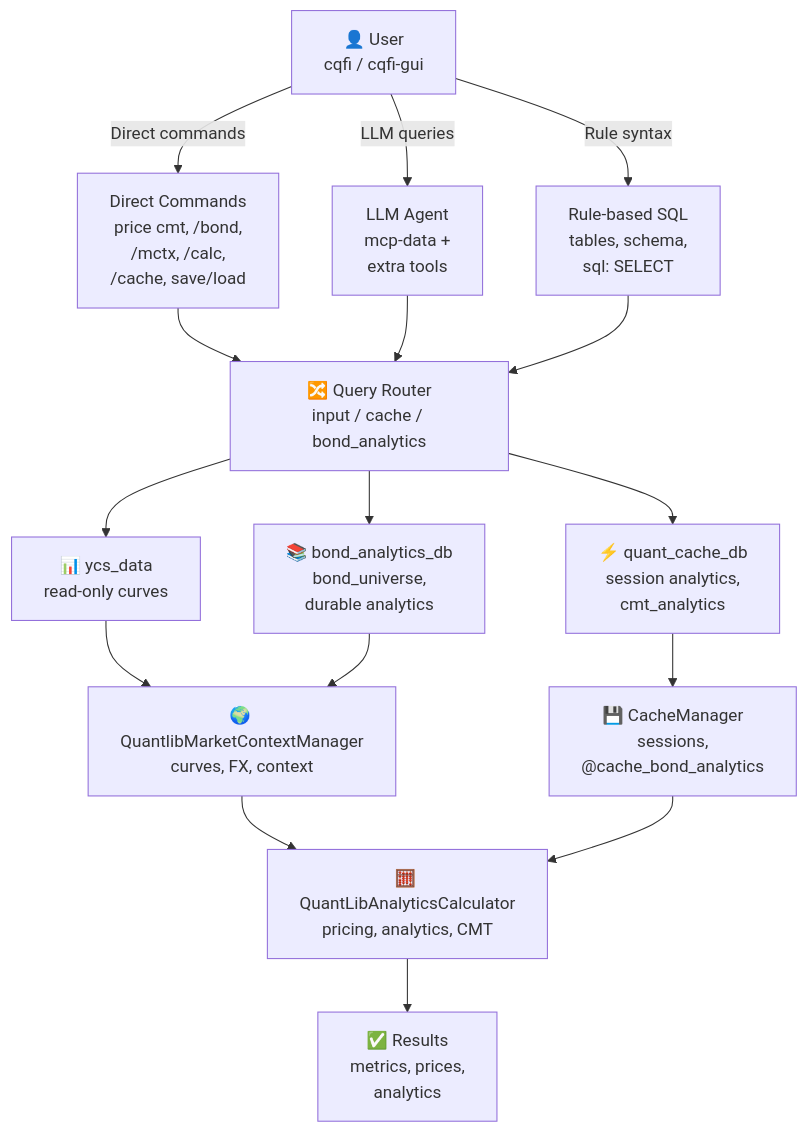
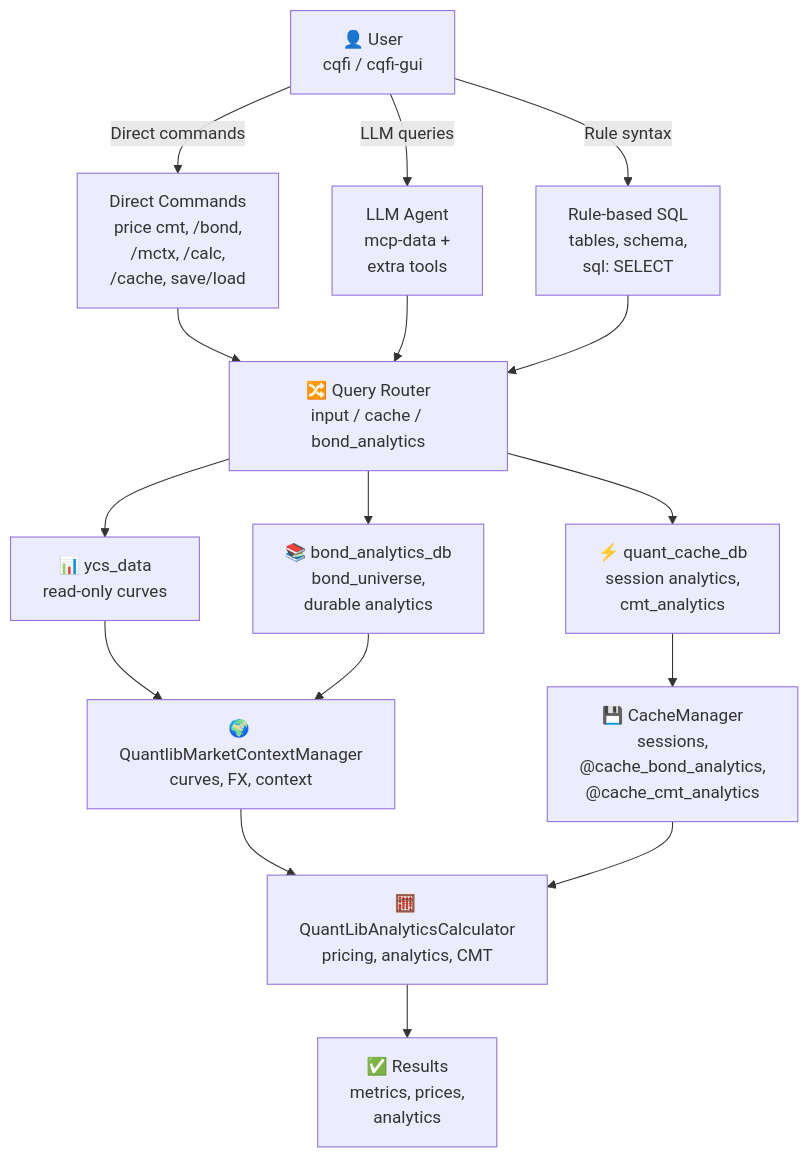
The diagram in README.md (FulgentMcGuffin/cheapquant-fixed-income), drawn with Mermaid before and after one commit. The commit also changed other lines of this file, not shown here.

First line of the commit message:
Enhance README.md to clarify bond and CMT analytics features

````diff
--- a/README.md
+++ b/README.md
@@ -332,25 +396,25 @@
 ```mermaid
 flowchart TD
     User["👤 User<br/>cqfi / cqfi-gui"]
     
     User -->|Direct commands| DCmd["Direct Commands<br/>price cmt, /bond,<br/>/mctx, /calc,<br/>/cache, save/load"]
     User -->|LLM queries| LLM["LLM Agent<br/>mcp-data +<br/>extra tools"]
     User -->|Rule syntax| Rules["Rule-based SQL<br/>tables, schema,<br/>sql: SELECT"]
     
     DCmd --> Router["🔀 Query Router<br/>input / cache / bond_analytics"]
     LLM --> Router
     Rules --> Router
     
     Router --> YCS["📊 ycs_data<br/>read-only curves"]
     Router --> Bond["📚 bond_analytics_db<br/>bond_universe,<br/>durable analytics"]
     Router --> Cache["⚡ quant_cache_db<br/>session analytics,<br/>cmt_analytics"]
     
     YCS --> MktCtx["🌍 QuantlibMarketContextManager<br/>curves, FX, context"]
     Bond --> MktCtx
-    Cache --> CacheMgr["💾 CacheManager<br/>sessions,<br/>@cache_bond_analytics"]
+    Cache --> CacheMgr["💾 CacheManager<br/>sessions,<br/>@cache_bond_analytics,<br/>@cache_cmt_analytics"]
     
     MktCtx --> Calc["🧮 QuantLibAnalyticsCalculator<br/>pricing, analytics, CMT"]
     CacheMgr --> Calc
     
     Calc --> Result["✅ Results<br/>metrics, prices,<br/>analytics"]
 ```
````
